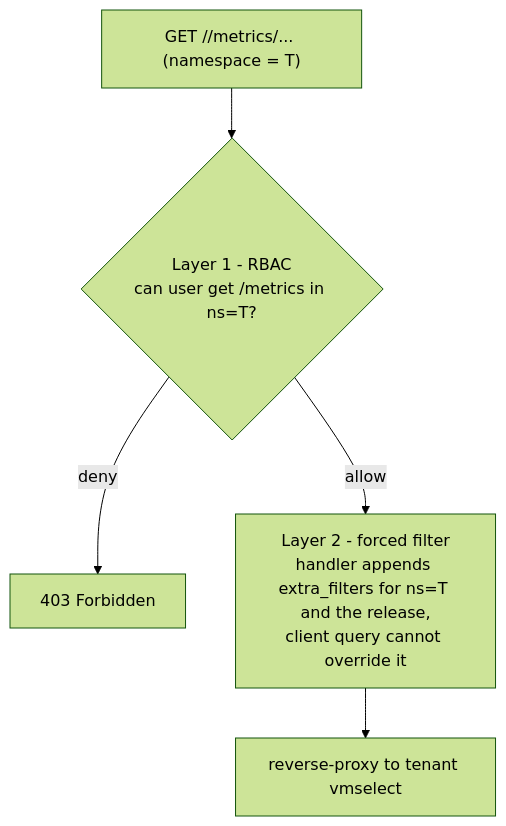
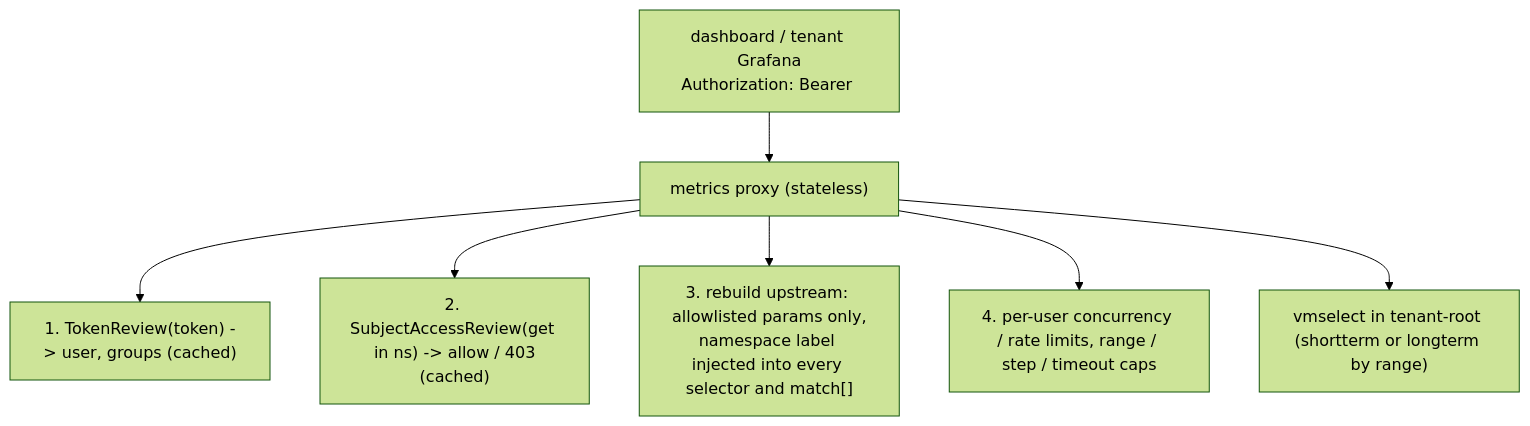
Before and after one commit to cozystack/community: the diagram in design-proposals/tenant-resource-metrics-api/README.md, drawn with Mermaid (forest theme). The commit also changed other lines of this file, not shown here.

First line of the commit message:
docs(tenant-resource-metrics-api): switch to an authorizing proxy in front of vmselect

````diff
--- a/design-proposals/tenant-resource-metrics-api/README.md
+++ b/design-proposals/tenant-resource-metrics-api/README.md
@@ -103,7 +72,9 @@
 ```mermaid
 flowchart TD
-  REQ["GET <plural>/<name>/metrics/... (namespace = T)"] --> L1{"Layer 1 - RBAC<br/>can user get <plural>/metrics in ns=T?"}
-  L1 -->|deny| D1["403 Forbidden"]
-  L1 -->|allow| L2["Layer 2 - forced filter<br/>handler appends extra_filters for ns=T and the release,<br/>client query cannot override it"]
-  L2 --> VS["reverse-proxy to tenant vmselect"]
+  UI["dashboard / tenant Grafana<br/>Authorization: Bearer <same kube token>"] --> P["metrics proxy (stateless)"]
+  P --> T["1. TokenReview(token) -> user, groups (cached)"]
+  P --> S["2. SubjectAccessReview(get <virtual resource> in ns) -> allow / 403 (cached)"]
+  P --> R["3. rebuild upstream: allowlisted params only,<br/>namespace label injected into every selector and match[]"]
+  P --> L["4. per-user concurrency / rate limits, range / step / timeout caps"]
+  P --> VS["vmselect in tenant-root (shortterm or longterm by range)"]
 ```
````
